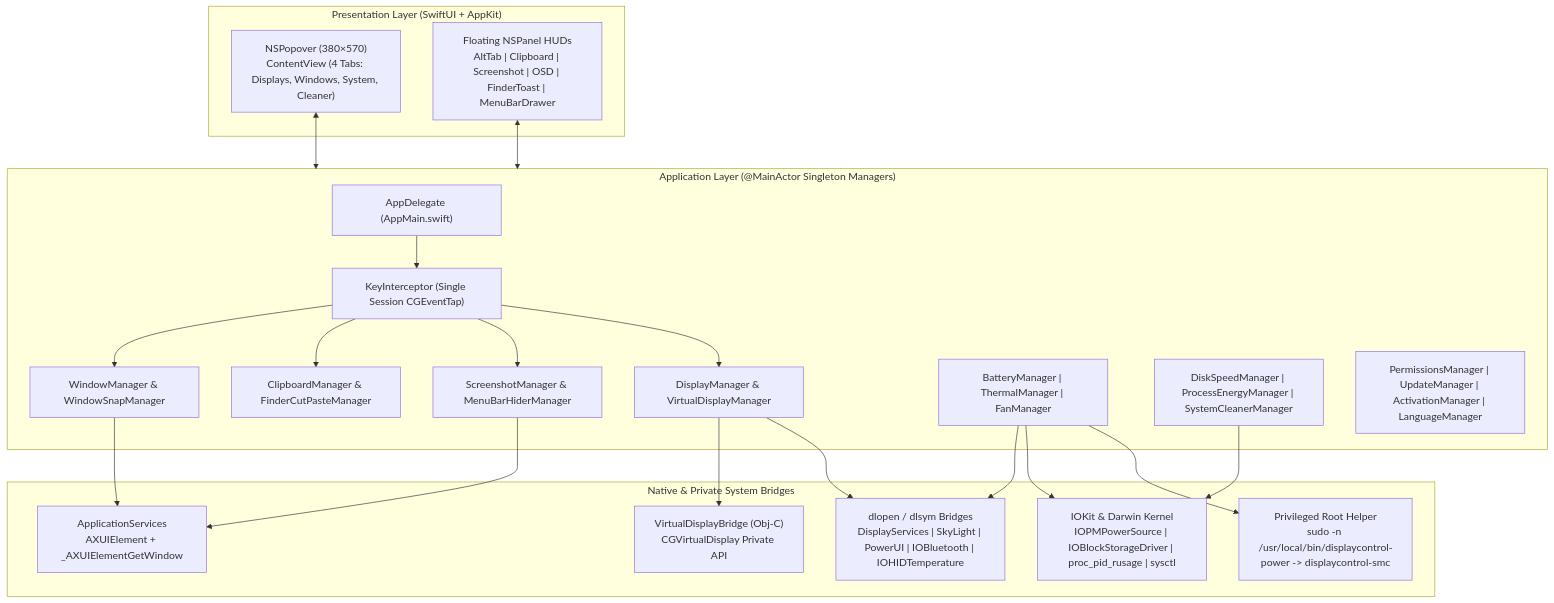
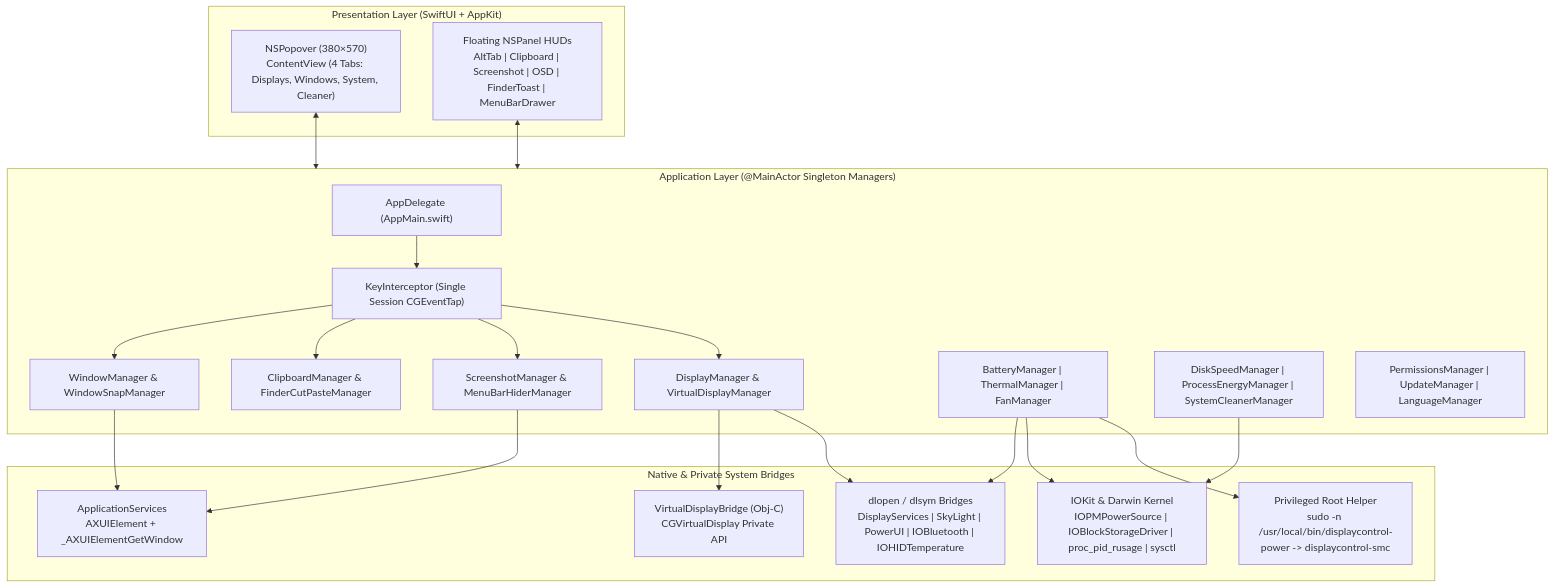
The diagram in openwiki/architecture.md (trithucnen-max/HyperMac), drawn with Mermaid before and after one commit. The commit also changed 14 other files, not shown here.

````diff
--- a/openwiki/architecture.md
+++ b/openwiki/architecture.md
@@ -9,43 +9,43 @@
 ```mermaid
 flowchart TD
     subgraph UI["Presentation Layer (SwiftUI + AppKit)"]
         Popover["NSPopover (380×570)\nContentView (4 Tabs: Displays, Windows, System, Cleaner)"]
         Panels["Floating NSPanel HUDs\nAltTab | Clipboard | Screenshot | OSD | FinderToast | MenuBarDrawer"]
     end
 
     subgraph Core["Application Layer (@MainActor Singleton Managers)"]
         AppDel["AppDelegate (AppMain.swift)"]
         KeyInt["KeyInterceptor (Single Session CGEventTap)"]
         WinMgr["WindowManager & WindowSnapManager"]
         ClipMgr["ClipboardManager & FinderCutPasteManager"]
         ScreenMgr["ScreenshotManager & MenuBarHiderManager"]
         DispMgr["DisplayManager & VirtualDisplayManager"]
         HwMgr["BatteryManager | ThermalManager | FanManager"]
         SysMgr["DiskSpeedManager | ProcessEnergyManager | SystemCleanerManager"]
-        InfraMgr["PermissionsManager | UpdateManager | ActivationManager | LanguageManager"]
+        InfraMgr["PermissionsManager | UpdateManager | LanguageManager"]
     end
 
     subgraph Bridges["Native & Private System Bridges"]
         ObjC["VirtualDisplayBridge (Obj-C)\nCGVirtualDisplay Private API"]
         PrivFW["dlopen / dlsym Bridges\nDisplayServices | SkyLight | PowerUI | IOBluetooth | IOHIDTemperature"]
         AX["ApplicationServices\nAXUIElement + _AXUIElementGetWindow"]
         IOKitLayer["IOKit & Darwin Kernel\nIOPMPowerSource | IOBlockStorageDriver | proc_pid_rusage | sysctl"]
         RootHelper["Privileged Root Helper\nsudo -n /usr/local/bin/displaycontrol-power -> displaycontrol-smc"]
     end
 
     Popover <--> Core
     Panels <--> Core
     AppDel --> KeyInt
     KeyInt --> WinMgr
     KeyInt --> ClipMgr
     KeyInt --> ScreenMgr
     KeyInt --> DispMgr
     DispMgr --> ObjC
     DispMgr --> PrivFW
     WinMgr --> AX
     ScreenMgr --> AX
     HwMgr --> PrivFW
     HwMgr --> IOKitLayer
     HwMgr --> RootHelper
     SysMgr --> IOKitLayer
 ```
````
